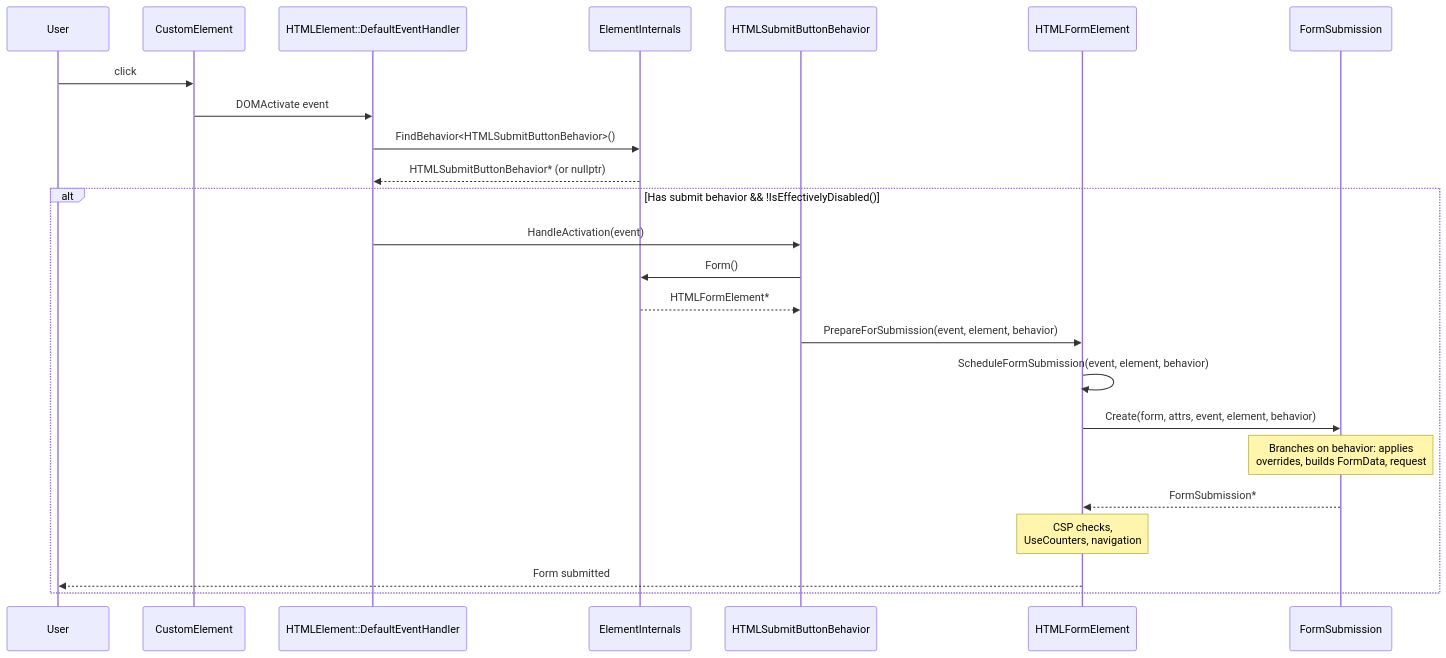
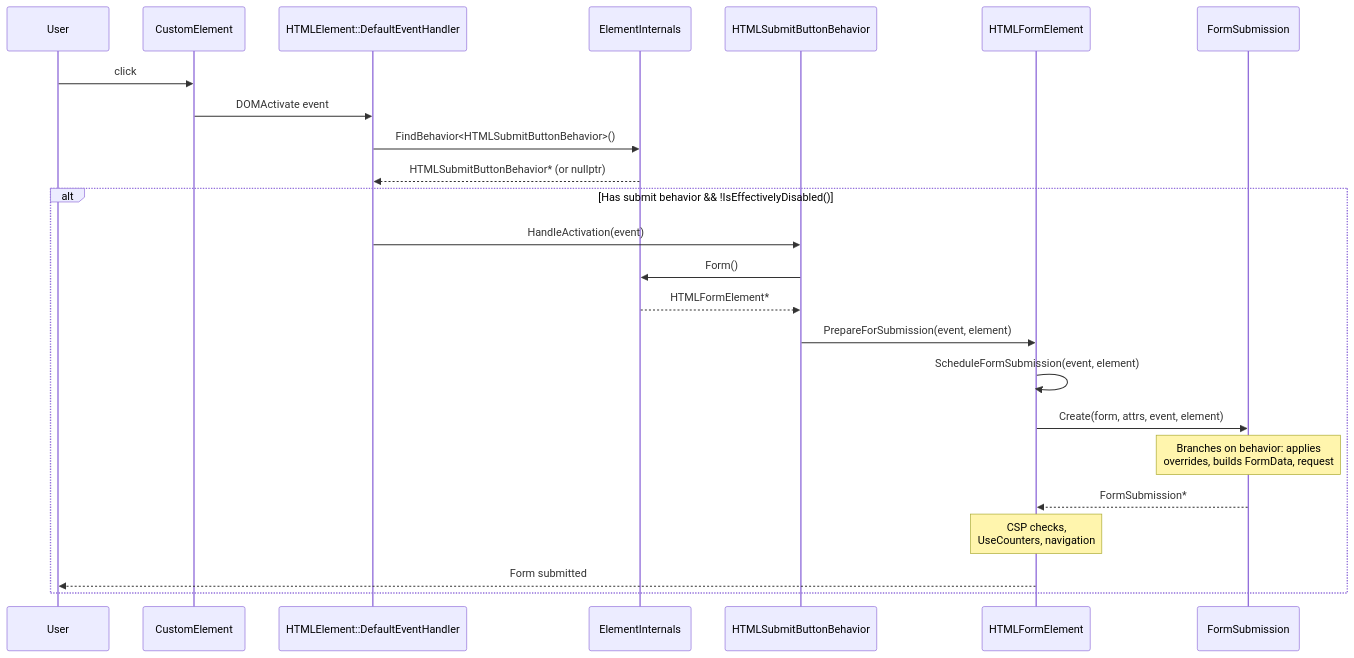
The diagram in PlatformProvidedBehaviors/SequenceDiagram.md (anaskim/Diagrams), drawn with Mermaid before and after one commit.

Commit message:
Refactor sequence diagram for form submission behavior

````diff
--- a/PlatformProvidedBehaviors/SequenceDiagram.md
+++ b/PlatformProvidedBehaviors/SequenceDiagram.md
@@ -1,27 +1,27 @@
 ```mermaid
 sequenceDiagram
     participant User
     participant CustomElement
     participant HTMLElement as HTMLElement::DefaultEventHandler
     participant EI as ElementInternals
     participant Behavior as HTMLSubmitButtonBehavior
     participant Form as HTMLFormElement
     participant FS as FormSubmission
 
     User->>CustomElement: click
     CustomElement->>HTMLElement: DOMActivate event
     HTMLElement->>EI: FindBehavior<HTMLSubmitButtonBehavior>()
     EI-->>HTMLElement: HTMLSubmitButtonBehavior* (or nullptr)
     alt Has submit behavior && !IsEffectivelyDisabled()
         HTMLElement->>Behavior: HandleActivation(event)
         Behavior->>EI: Form()
         EI-->>Behavior: HTMLFormElement*
-        Behavior->>Form: PrepareForSubmission(event, element, behavior)
-        Form->>Form: ScheduleFormSubmission(event, element, behavior)
-        Form->>FS: Create(form, attrs, event, element, behavior)
+        Behavior->>Form: PrepareForSubmission(event, element)
+        Form->>Form: ScheduleFormSubmission(event, element)
+        Form->>FS: Create(form, attrs, event, element)
         Note over FS: Branches on behavior: applies<br/>overrides, builds FormData, request
         FS-->>Form: FormSubmission*
         Note over Form: CSP checks,<br/>UseCounters, navigation
         Form-->>User: Form submitted
     end
 ```
````
